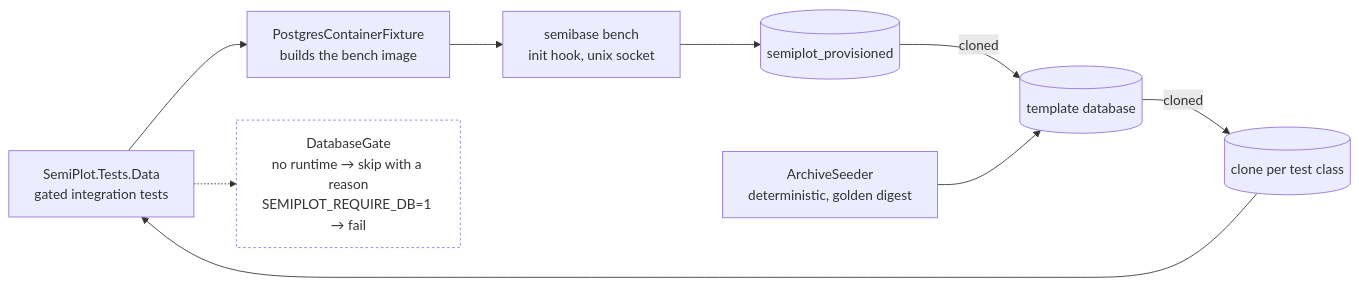
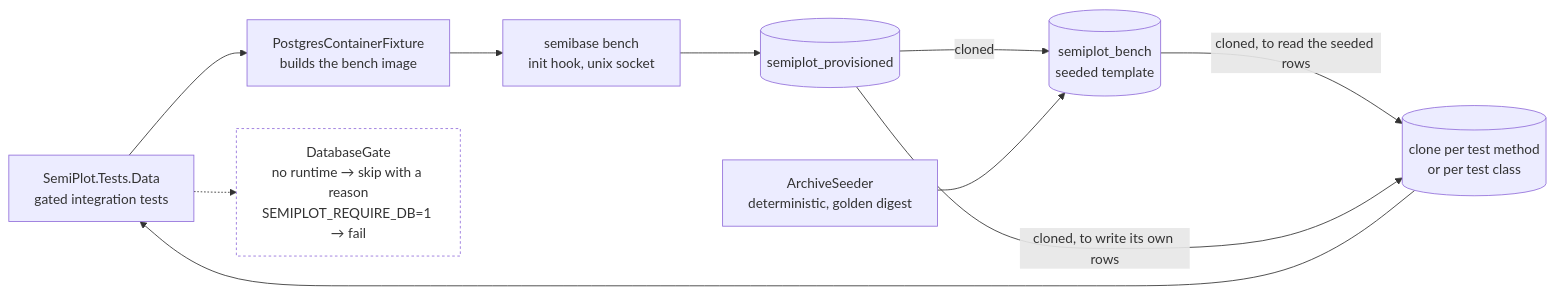
Before and after one commit to Semiteq/SemiPlot: the fifth of 5 diagrams in docs/architecture/postgres-topology.md, drawn with Mermaid. The commit also changed 52 other files, not shown here.

````diff
--- a/docs/architecture/postgres-topology.md
+++ b/docs/architecture/postgres-topology.md
@@ -172,21 +172,22 @@
 ```mermaid
 flowchart LR
     tests["SemiPlot.Tests.Data<br/>gated integration tests"]
     fix["PostgresContainerFixture<br/>builds the bench image"]
     sb["semibase bench<br/>init hook, unix socket"]
     src[("semiplot_provisioned")]
     seed["ArchiveSeeder<br/>deterministic, golden digest"]
-    tmpl[("template database")]
-    clone[("clone per test class")]
+    tmpl[("semiplot_bench<br/>seeded template")]
+    clone[("clone per test method<br/>or per test class")]
 
     tests --> fix --> sb --> src
     src -- "cloned" --> tmpl
     seed --> tmpl
-    tmpl -- "cloned" --> clone
+    tmpl -- "cloned, to read the seeded rows" --> clone
+    src -- "cloned, to write its own rows" --> clone
     clone --> tests
 
     gate["DatabaseGate<br/>no runtime → skip with a reason<br/>SEMIPLOT_REQUIRE_DB=1 → fail"]
     tests -.-> gate
 
     style gate fill:none,stroke-dasharray:3 3
 ```
````
